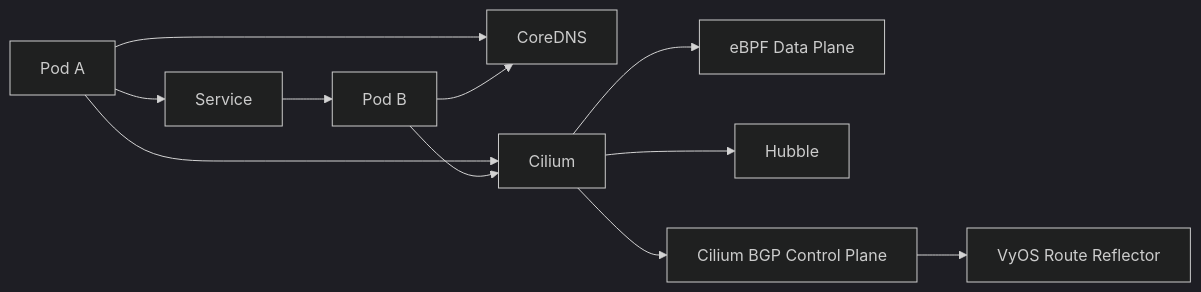
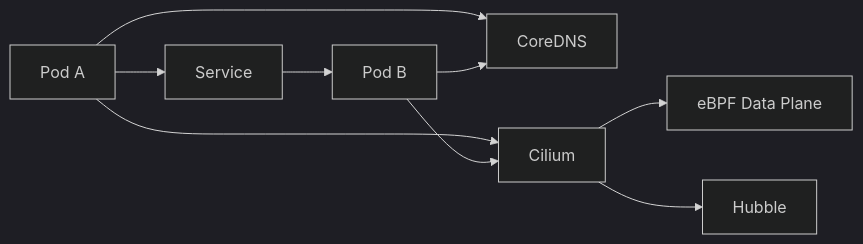
Before and after one commit to hwang-protocol/docker_k8s_2026: the diagram in k8s/02-cloud-native-networking/docs/00_cilium_hubble_theory.md, drawn with Mermaid (dark theme). The commit also changed other lines of this file and 11 other files, not shown here.

````diff
--- a/k8s/02-cloud-native-networking/docs/00_cilium_hubble_theory.md
+++ b/k8s/02-cloud-native-networking/docs/00_cilium_hubble_theory.md
@@ -47,23 +46,18 @@
 ```mermaid
 flowchart LR
   poda[Pod A]
   podb[Pod B]
   svc[Service]
   dns[CoreDNS]
   cilium[Cilium]
   ebpf[eBPF Data Plane]
   hubble[Hubble]
-  bgp[Cilium BGP Control Plane]
-  vyos[VyOS Route Reflector]
-
   poda --> svc
   svc --> podb
   poda --> dns
   podb --> dns
   cilium --> ebpf
   poda --> cilium
   podb --> cilium
   cilium --> hubble
-  cilium --> bgp
-  bgp --> vyos
 ```
````
